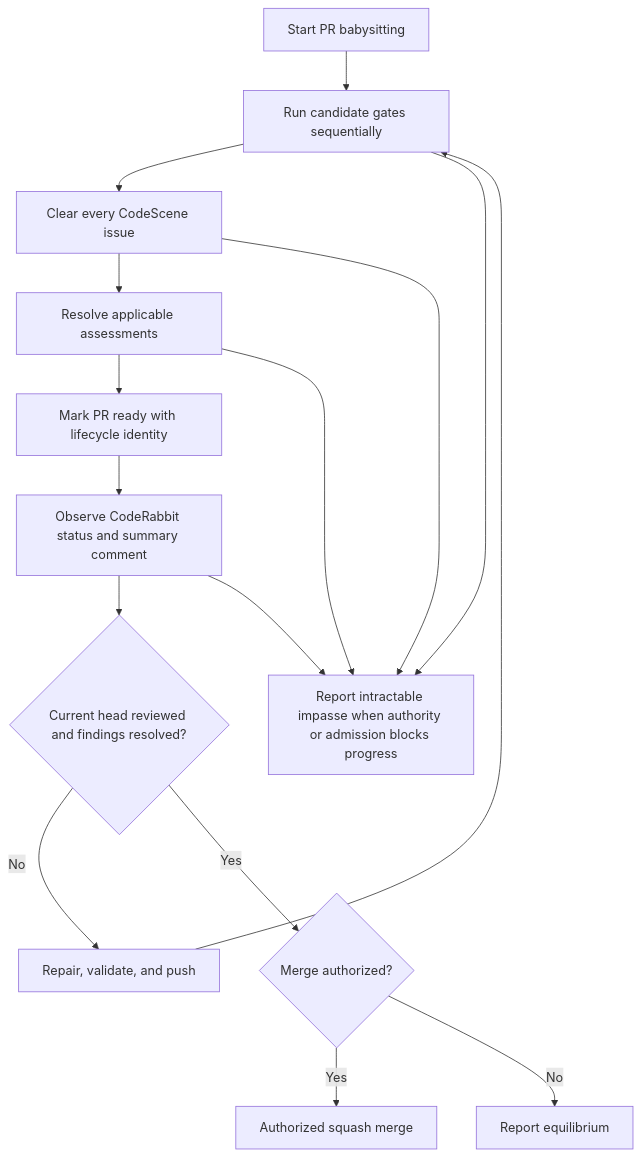
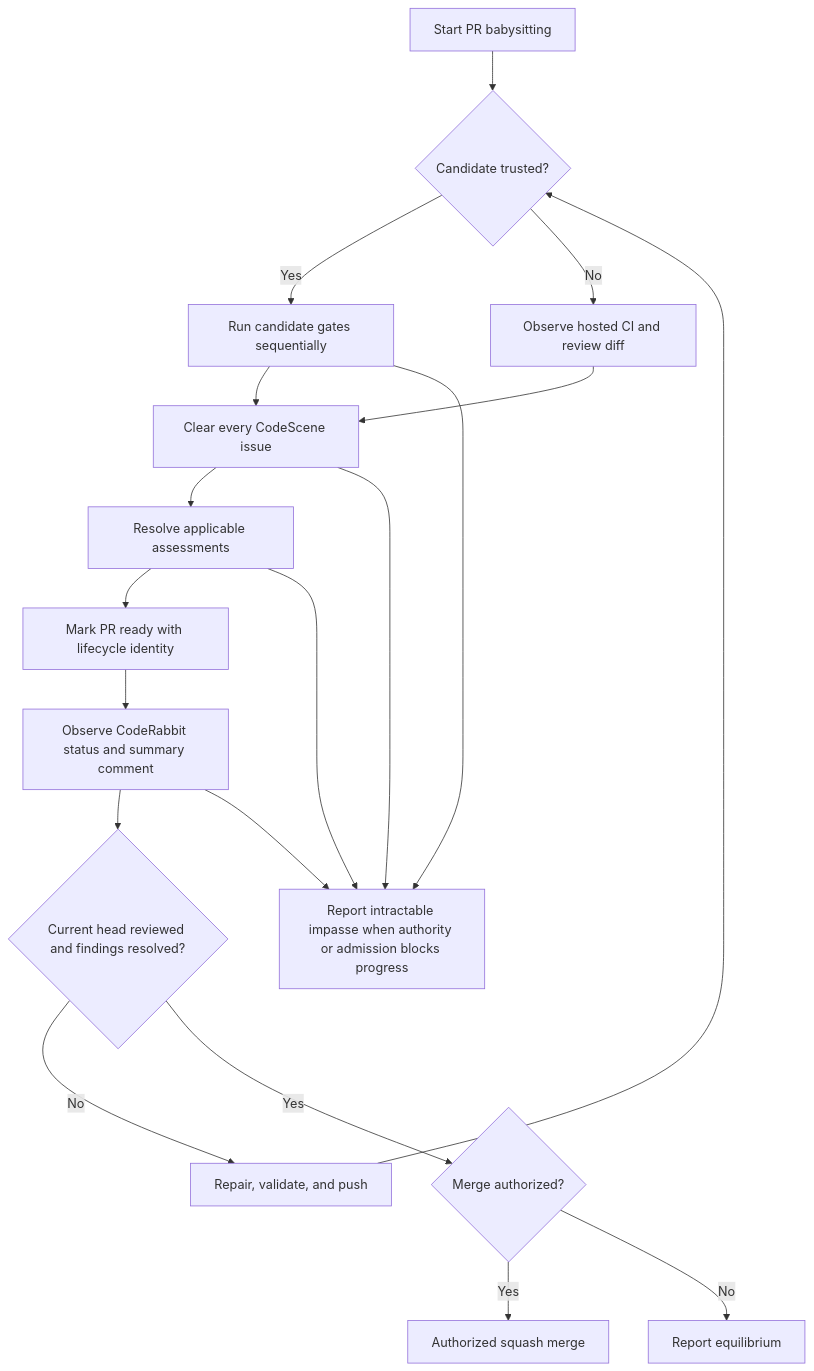
The third of 6 diagrams in docs/users-guide.md (leynos/agent-helper-scripts), drawn with Mermaid before and after one commit. The commit also changed other lines of this file and 8 other files, not shown here.

First line of the commit message:
Relax pr-babysitting candidate trust constraints (#247)

````diff
--- a/docs/users-guide.md
+++ b/docs/users-guide.md
@@ -632,32 +632,37 @@
 ```mermaid
 flowchart TD
     accTitle: PR babysitting path to equilibrium, merge, or impasse
     accDescr {
-        PR babysitting starts by running the candidate's gates sequentially,
-        then clears every CodeScene issue, resolves applicable assessments,
+        PR babysitting starts with the candidate trust decision. A trusted
+        candidate has its gates run sequentially on the host; an untrusted
+        one is checked by observing hosted CI and reviewing the diff. The
+        agent then clears every CodeScene issue, resolves applicable assessments,
         and marks the PR ready with the lifecycle identity. It then observes
         CodeRabbit's commit status and summary comment. If the current head
         has not been reviewed or its findings are unresolved, the agent
         repairs, validates, and pushes, and the new head returns to the
-        sequential gates. Once the current head is reviewed and its findings
+        trust decision. Once the current head is reviewed and its findings
         are resolved, an authorized merge leads to a squash merge; otherwise
         the agent reports equilibrium. The gate, CodeScene, assessment, and
         review-observation stages can each end in a report of intractable
         impasse when authority or build admission blocks progress.
     }
-    A[Start PR babysitting] --> B[Run candidate gates sequentially]
+    A[Start PR babysitting] --> T{Candidate trusted?}
+    T -->|Yes| B[Run candidate gates sequentially]
+    T -->|No| N[Observe hosted CI and review diff]
     B --> C[Clear every CodeScene issue]
+    N --> C
     C --> D[Resolve applicable assessments]
     D --> E[Mark PR ready with lifecycle identity]
     E --> F[Observe CodeRabbit status and summary comment]
     F --> G{Current head reviewed and findings resolved?}
     G -->|No| H[Repair, validate, and push]
-    H --> B
+    H --> T
     G -->|Yes| I{Merge authorized?}
     I -->|Yes| J[Authorized squash merge]
     I -->|No| K[Report equilibrium]
     B --> L[Report intractable impasse when authority or admission blocks progress]
     C --> L
     D --> L
     F --> L
 ```
````
